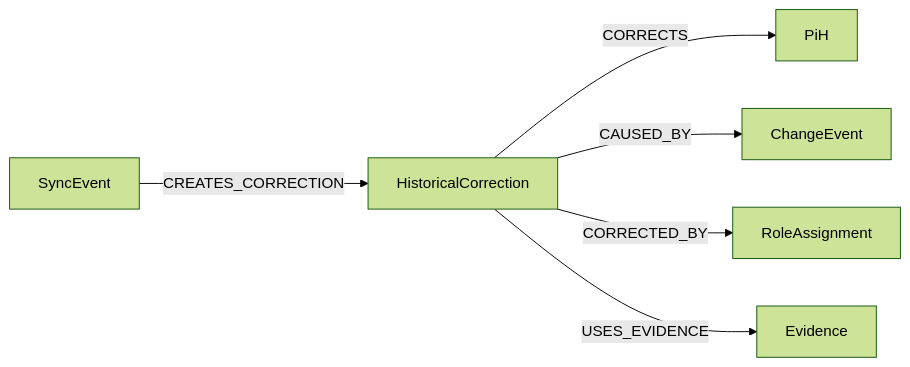
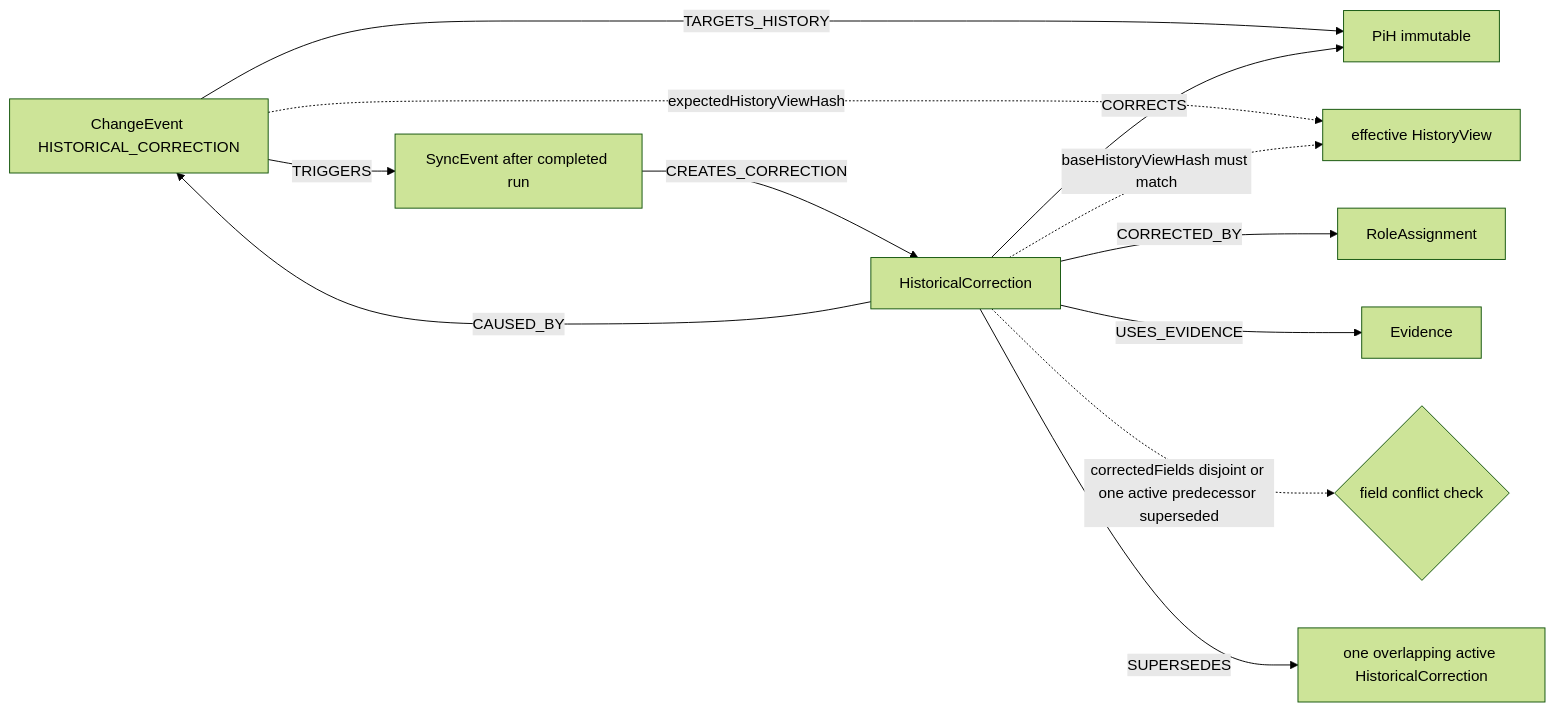
The diagram in docs/diagrams/sources/example-history-correction.mmd (eeimicke/junaco-jci-loop), drawn with Mermaid (forest theme) before and after one commit. The commit also changed 29 other files, not shown here.

```diff
--- a/docs/diagrams/sources/example-history-correction.mmd
+++ b/docs/diagrams/sources/example-history-correction.mmd
@@ -1,6 +1,12 @@
 flowchart LR
-    Correction[HistoricalCorrection] -->|CORRECTS| History[PiH]
+    ChangeEvent[ChangeEvent HISTORICAL_CORRECTION] -->|TARGETS_HISTORY| History[PiH immutable]
+    ChangeEvent -. expectedHistoryViewHash .-> View[effective HistoryView]
+    Correction[HistoricalCorrection] -->|CORRECTS| History
     Correction -->|CAUSED_BY| ChangeEvent
     Correction -->|CORRECTED_BY| Assignment[RoleAssignment]
     Correction -->|USES_EVIDENCE| Evidence
     SyncEvent -->|CREATES_CORRECTION| Correction
+    ChangeEvent -->|TRIGGERS| SyncEvent[SyncEvent after completed run]
+    Correction -. baseHistoryViewHash must match .-> View
+    Correction -. correctedFields disjoint or one active predecessor superseded .-> FieldCheck{field conflict check}
+    Correction -->|SUPERSEDES| Previous[one overlapping active HistoricalCorrection]
```
